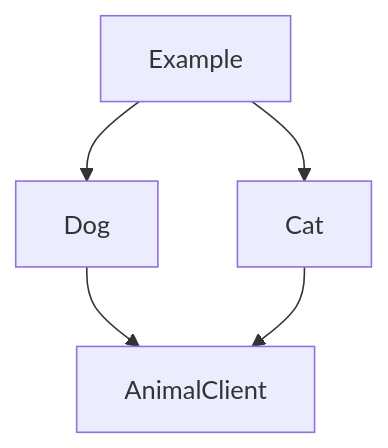
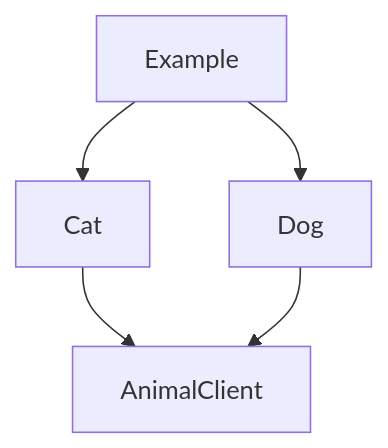
The first of 6 diagrams in README.md (daikimat/depermaid), drawn with Mermaid before and after one commit. The commit also changed other lines of this file and 3 other files, not shown here.

````diff
--- a/README.md
+++ b/README.md
@@ -28,11 +28,11 @@
 ```mermaid
 flowchart TD
+    AnimalClient
+    Cat
+    Cat-->AnimalClient
+    Dog
+    Dog-->AnimalClient
     Example
     Example-->Cat
     Example-->Dog
-    Dog
-    Dog-->AnimalClient
-    Cat
-    Cat-->AnimalClient
-    AnimalClient
 ```
````
